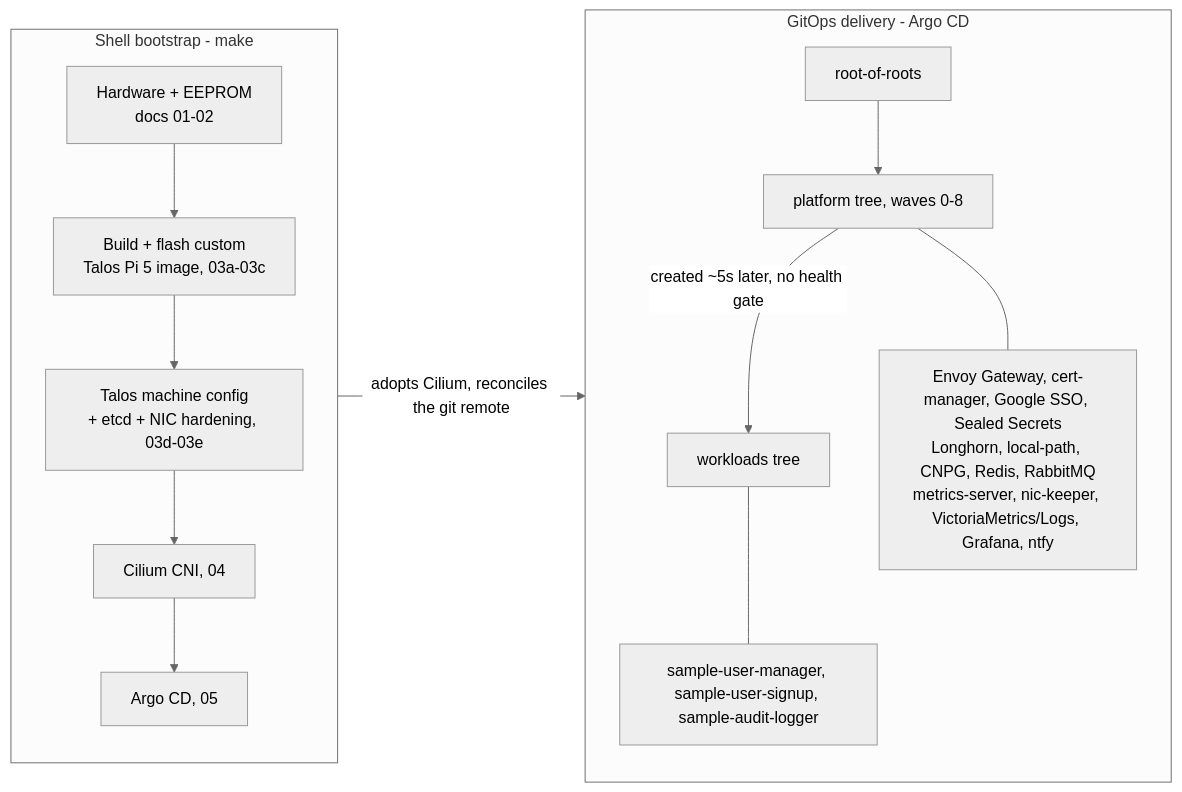
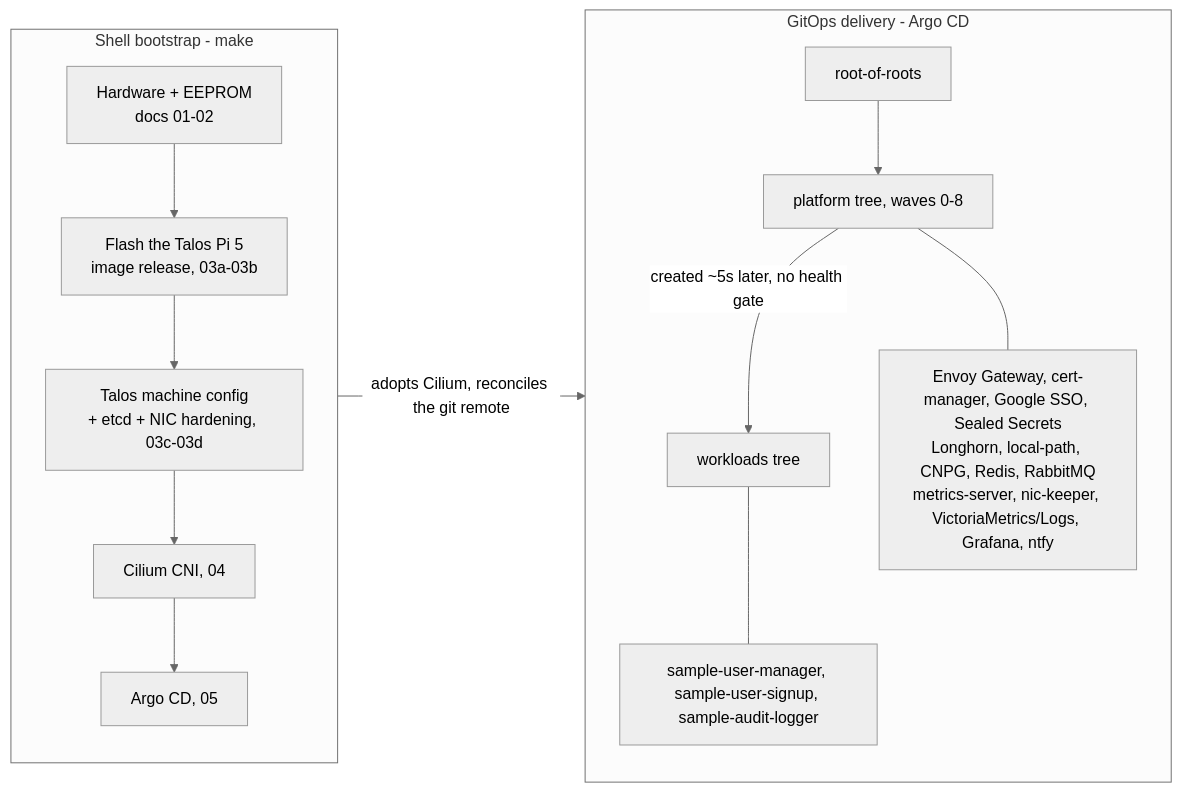
One commit to yama6a/offgrid changed the diagram in README.md. Above: the diagram before and after it, drawn with Mermaid (neutral theme). The commit also changed other lines of this file and 42 other files, not shown here.

````diff
--- a/README.md
+++ b/README.md
@@ -111,18 +112,18 @@
 ```mermaid
 flowchart LR
     subgraph imp["Shell bootstrap - make"]
         direction TB
-        HW["Hardware + EEPROM<br/>docs 01-02"] --> IMG["Build + flash custom<br/>Talos Pi 5 image, 03a-03c"]
-        IMG --> TAL["Talos machine config<br/>+ etcd + NIC hardening, 03d-03e"]
+        HW["Hardware + EEPROM<br/>docs 01-02"] --> IMG["Flash the Talos Pi 5<br/>image release, 03a-03b"]
+        IMG --> TAL["Talos machine config<br/>+ etcd + NIC hardening, 03c-03d"]
         TAL --> CIL["Cilium CNI, 04"]
         CIL --> ARGO["Argo CD, 05"]
     end
     ARGO -->|" adopts Cilium, reconciles the git remote "| ROOT["root-of-roots"]
     subgraph gitops["GitOps delivery - Argo CD"]
         direction TB
         ROOT --> PLAT["platform tree, waves 0-8"]
         PLAT -->|" created ~5s later, no health gate "| WORK["workloads tree"]
         PLAT --- PC["Envoy Gateway, cert-manager, Google SSO, Sealed Secrets<br/>Longhorn, local-path, CNPG, Redis, RabbitMQ<br/>metrics-server, nic-keeper, VictoriaMetrics/Logs, Grafana, ntfy"]
         WORK --- WC["sample-user-manager, sample-user-signup, sample-audit-logger"]
     end
 ```
````
